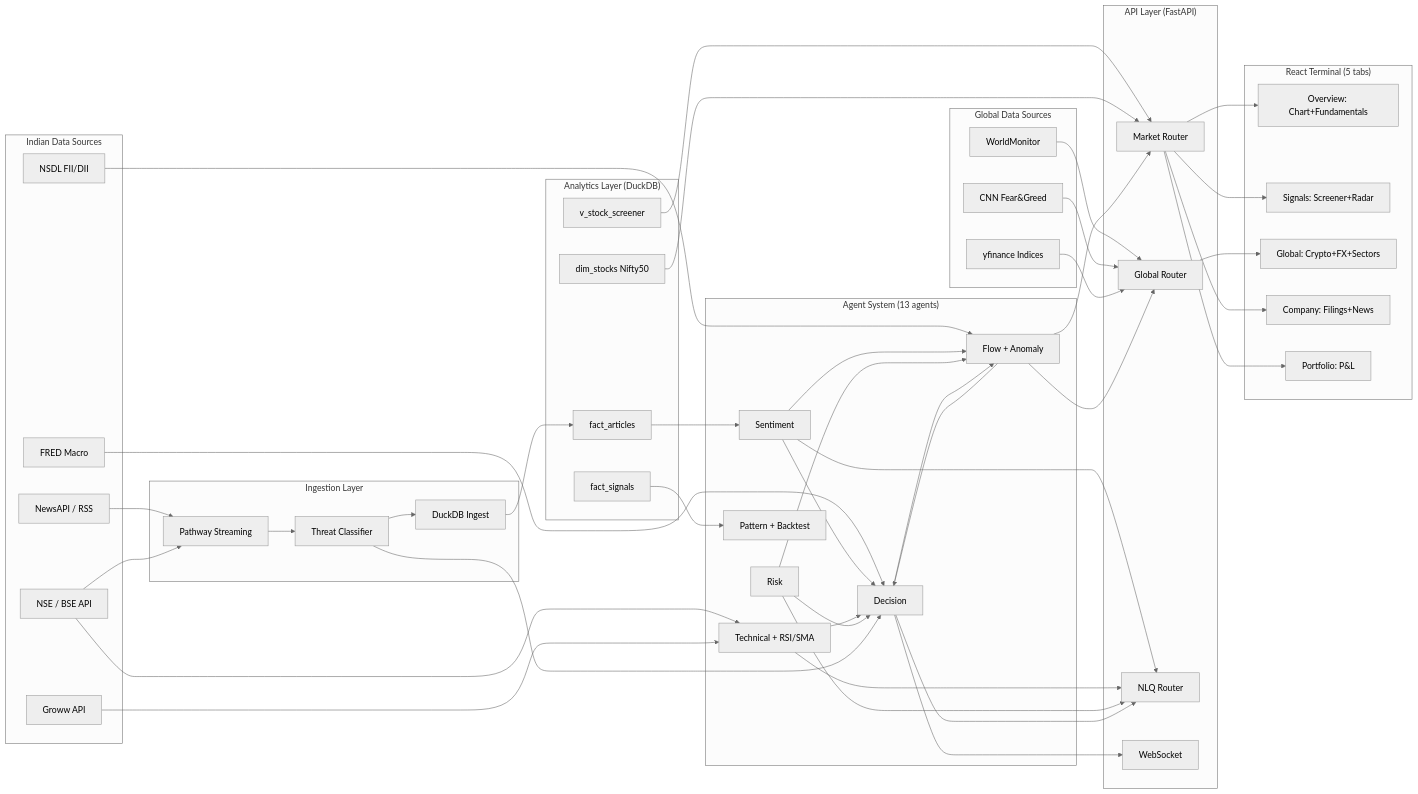
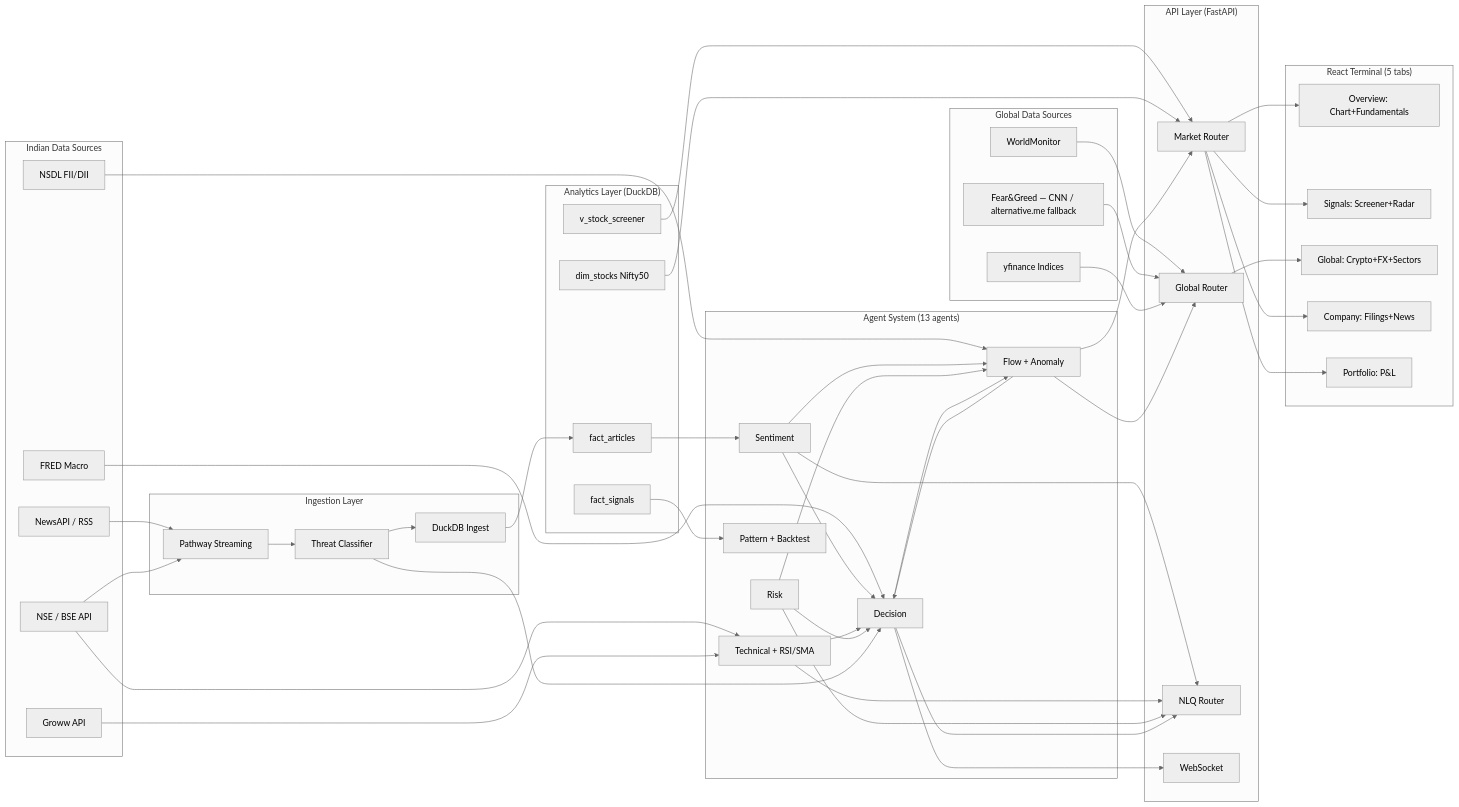
Before and after one commit to wildcraft958/AlphaStream_India: the diagram in docs/ARCHITECTURE.md, drawn with Mermaid (neutral theme). The commit also changed 3 other files, not shown here.

```diff
--- a/docs/ARCHITECTURE.md
+++ b/docs/ARCHITECTURE.md
@@ -29,7 +29,7 @@
 
     subgraph "Global Data Sources"
         G1[WorldMonitor]
-        G2[CNN Fear&Greed]
+        G2[Fear&Greed — CNN / alternative.me fallback]
         G3[yfinance Indices]
     end
 
```
